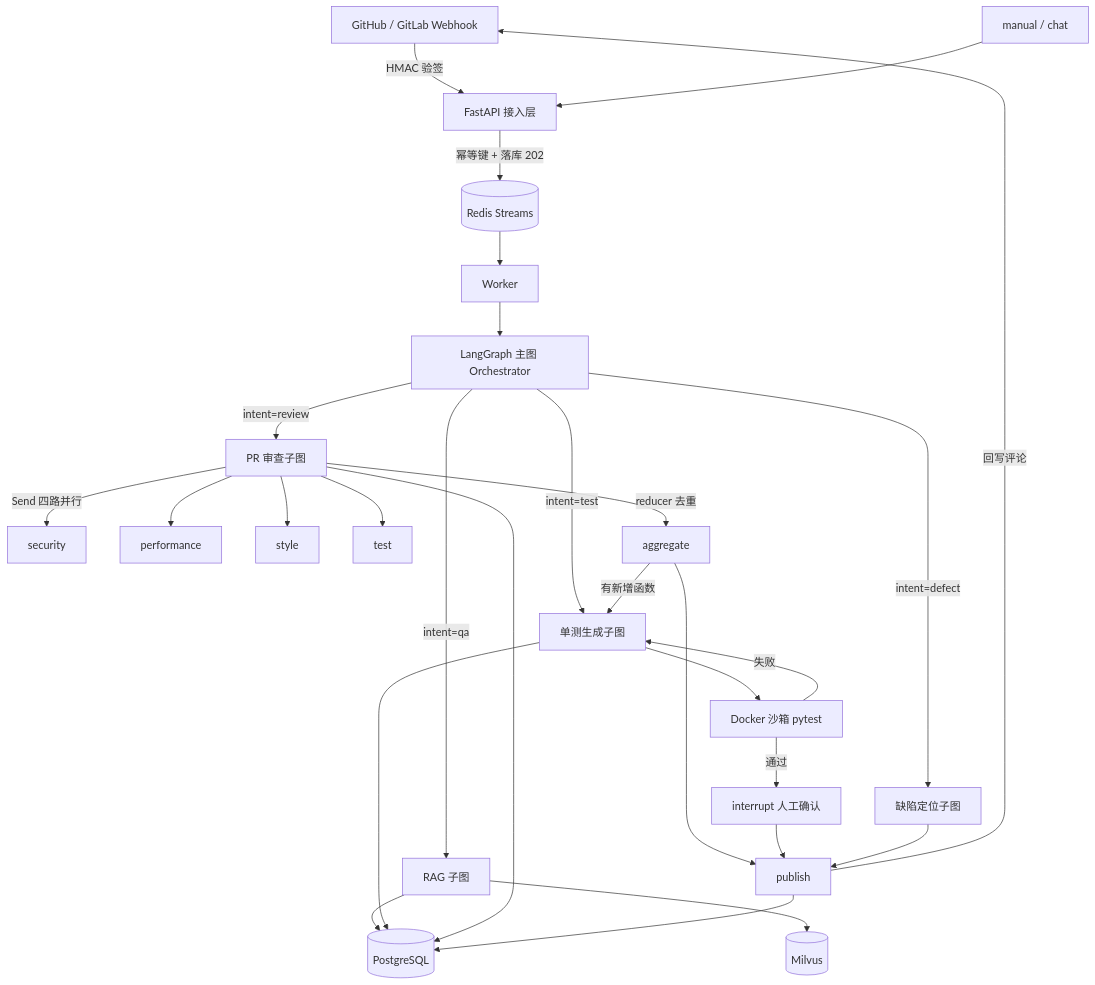
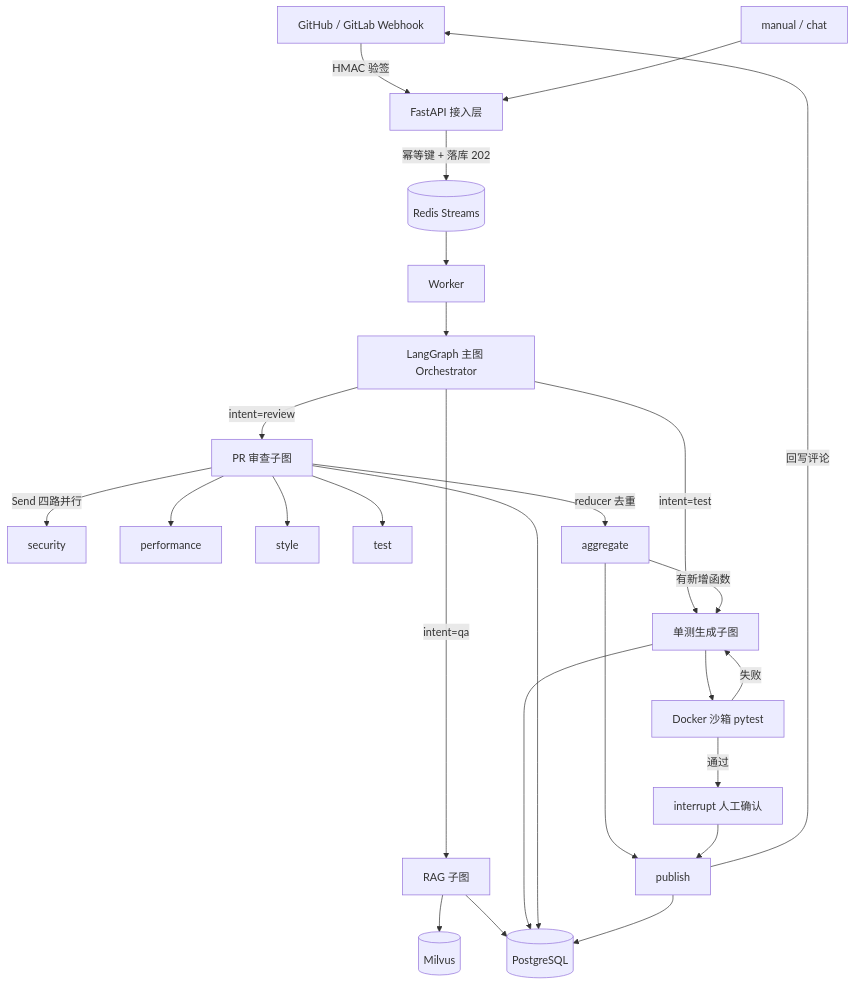
Before and after one commit to hend1e/CodePilot: the diagram in docs/ARCHITECTURE.md, drawn with Mermaid. The commit also changed 17 other files, not shown here.

````diff
--- a/docs/ARCHITECTURE.md
+++ b/docs/ARCHITECTURE.md
@@ -5,33 +5,31 @@
 ```mermaid
 flowchart TD
     GH[GitHub / GitLab Webhook] -->|HMAC 验签| API[FastAPI 接入层]
     CLI[manual / chat] --> API
     API -->|幂等键 + 落库 202| Q[(Redis Streams)]
     Q --> W[Worker]
     W --> O[LangGraph 主图 Orchestrator]
 
     O -->|intent=review| R[PR 审查子图]
     O -->|intent=qa| A[RAG 子图]
     O -->|intent=test| T[单测生成子图]
-    O -->|intent=defect| D[缺陷定位子图]
 
     R -->|Send 四路并行| D1[security]
     R --> D2[performance]
     R --> D3[style]
     R --> D4[test]
     R -->|reducer 去重| AGG[aggregate]
     AGG -->|有新增函数| T
     T --> SB[Docker 沙箱 pytest]
     SB -->|通过| HITL[interrupt 人工确认]
     SB -->|失败| T
     AGG --> PUB[publish]
     HITL --> PUB
-    D --> PUB
 
     A --> PG[(PostgreSQL)]
     A --> MV[(Milvus)]
     T --> PG
     R --> PG
     PUB --> PG
     PUB -->|回写评论| GH
 ```
````
